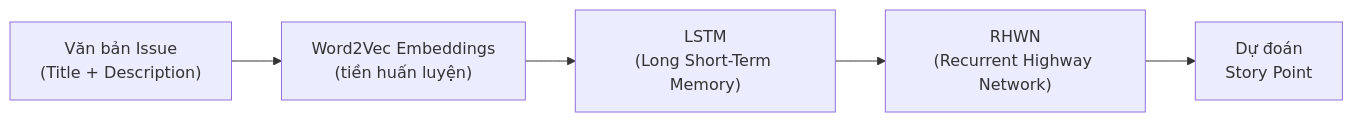
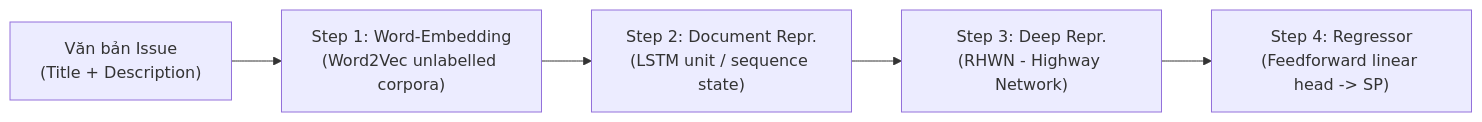
Before and after one commit to snowflake-vibing/NCKH_Johnny_Snowflake: the second of 2 diagrams in docs/articles/paper-information/explanation/02_background.md, drawn with Mermaid. The commit also changed other lines of this file, not shown here.

````diff
--- a/docs/articles/paper-information/explanation/02_background.md
+++ b/docs/articles/paper-information/explanation/02_background.md
@@ -81,7 +96,7 @@
 ```mermaid
 flowchart LR
-    A["Văn bản Issue\n(Title + Description)"] --> B["Word2Vec Embeddings\n(tiền huấn luyện)"]
-    B --> C["LSTM\n(Long Short-Term Memory)"]
-    C --> D["RHWN\n(Recurrent Highway Network)"]
-    D --> E["Dự đoán\nStory Point"]
+    A["Văn bản Issue\n(Title + Description)"] --> B["Step 1: Word-Embedding\n(Word2Vec unlabelled corpora)"]
+    B --> C["Step 2: Document Repr.\n(LSTM unit / sequence state)"]
+    C --> D["Step 3: Deep Repr.\n(RHWN - Highway Network)"]
+    D --> E["Step 4: Regressor\n(Feedforward linear head -> SP)"]
 ```
````
